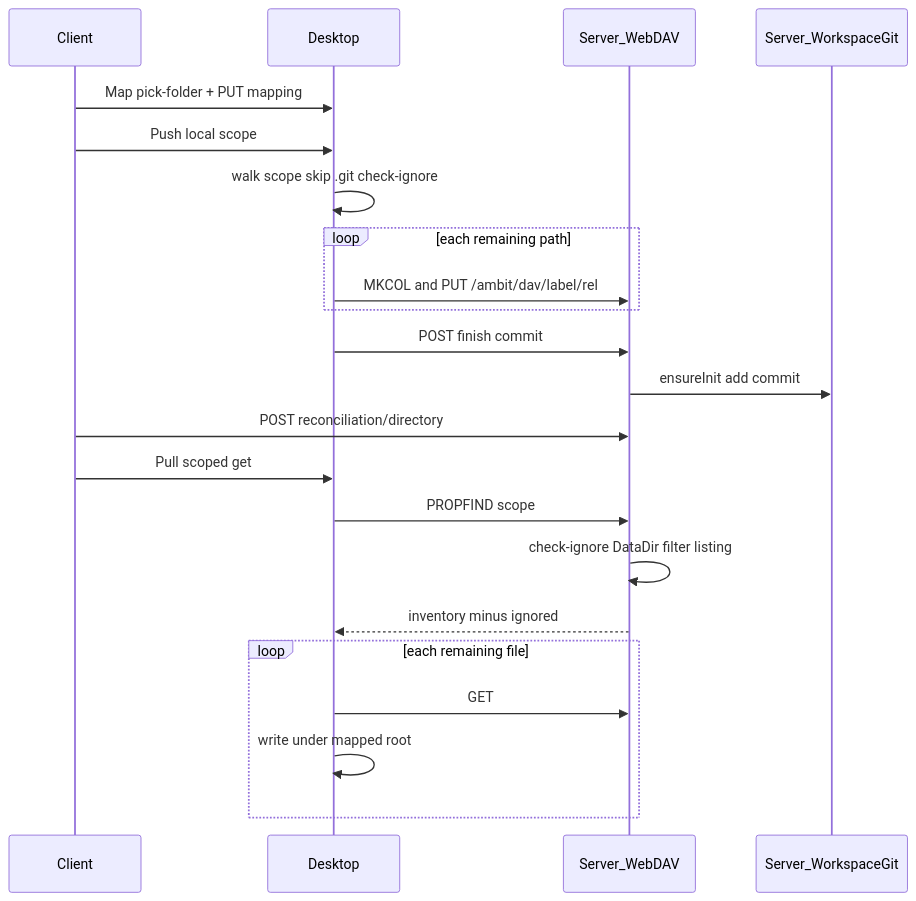
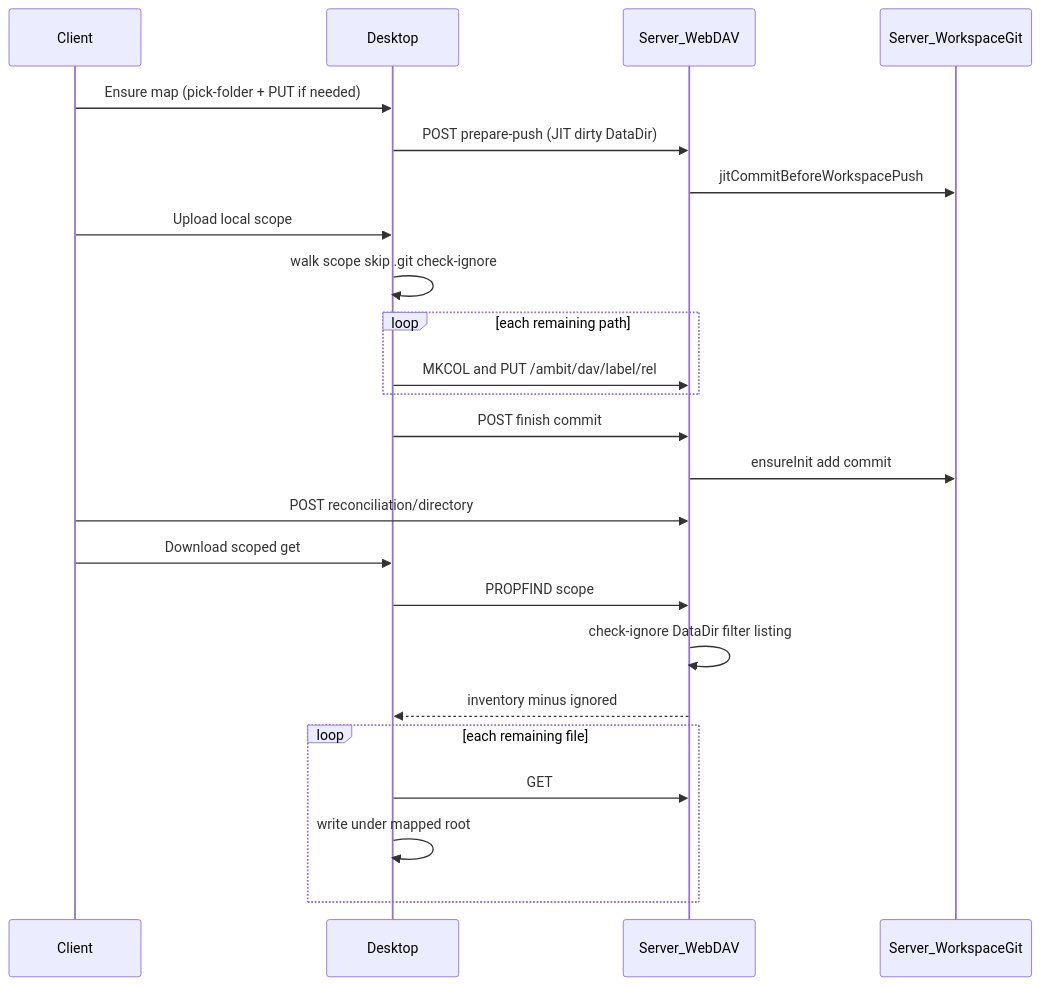
Before and after one commit to abaljeu/ambit: the diagram in doc/roadmap/workspace-file-sync.md, drawn with Mermaid. The commit also changed other lines of this file and 24 other files, not shown here.

Commit message:
completed simplifying client/server system to basically file upload/download

````diff
--- a/doc/roadmap/workspace-file-sync.md
+++ b/doc/roadmap/workspace-file-sync.md
@@ -109,26 +108,28 @@
 ```mermaid
 %%{init: {'themeVariables': {'fontSize': '20px'}}}%%
 sequenceDiagram
   participant UI as Client
   participant Desk as Desktop
   participant Dav as Server_WebDAV
   participant Git as Server_WorkspaceGit
 
-  UI->>Desk: Map pick-folder + PUT mapping
-  UI->>Desk: Push local scope
+  UI->>Desk: Ensure map (pick-folder + PUT if needed)
+  Desk->>Dav: POST prepare-push (JIT dirty DataDir)
+  Dav->>Git: jitCommitBeforeWorkspacePush
+  UI->>Desk: Upload local scope
   Desk->>Desk: walk scope skip .git check-ignore
   loop each remaining path
     Desk->>Dav: MKCOL and PUT /ambit/dav/label/rel
   end
   Desk->>Dav: POST finish commit
   Dav->>Git: ensureInit add commit
   UI->>Dav: POST reconciliation/directory
-  UI->>Desk: Pull scoped get
+  UI->>Desk: Download scoped get
   Desk->>Dav: PROPFIND scope
   Dav->>Dav: check-ignore DataDir filter listing
   Dav-->>Desk: inventory minus ignored
   loop each remaining file
     Desk->>Dav: GET
     Desk->>Desk: write under mapped root
   end
 ```
````
